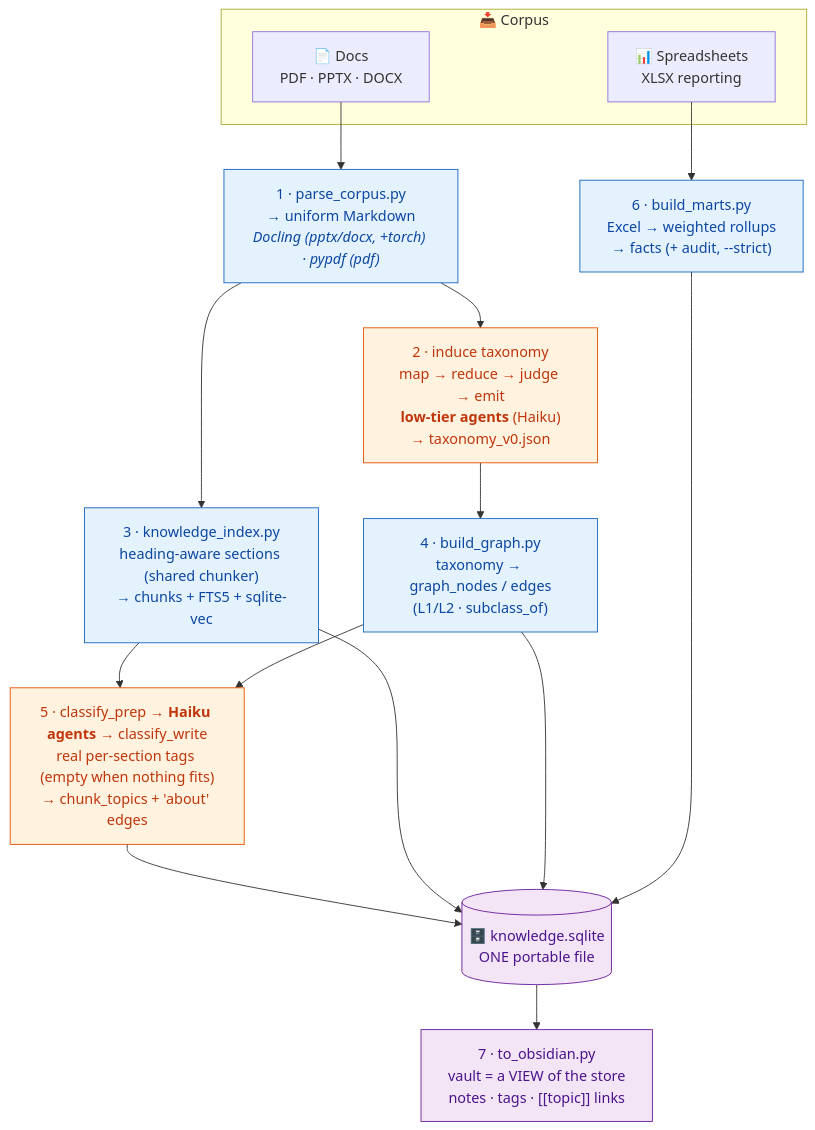
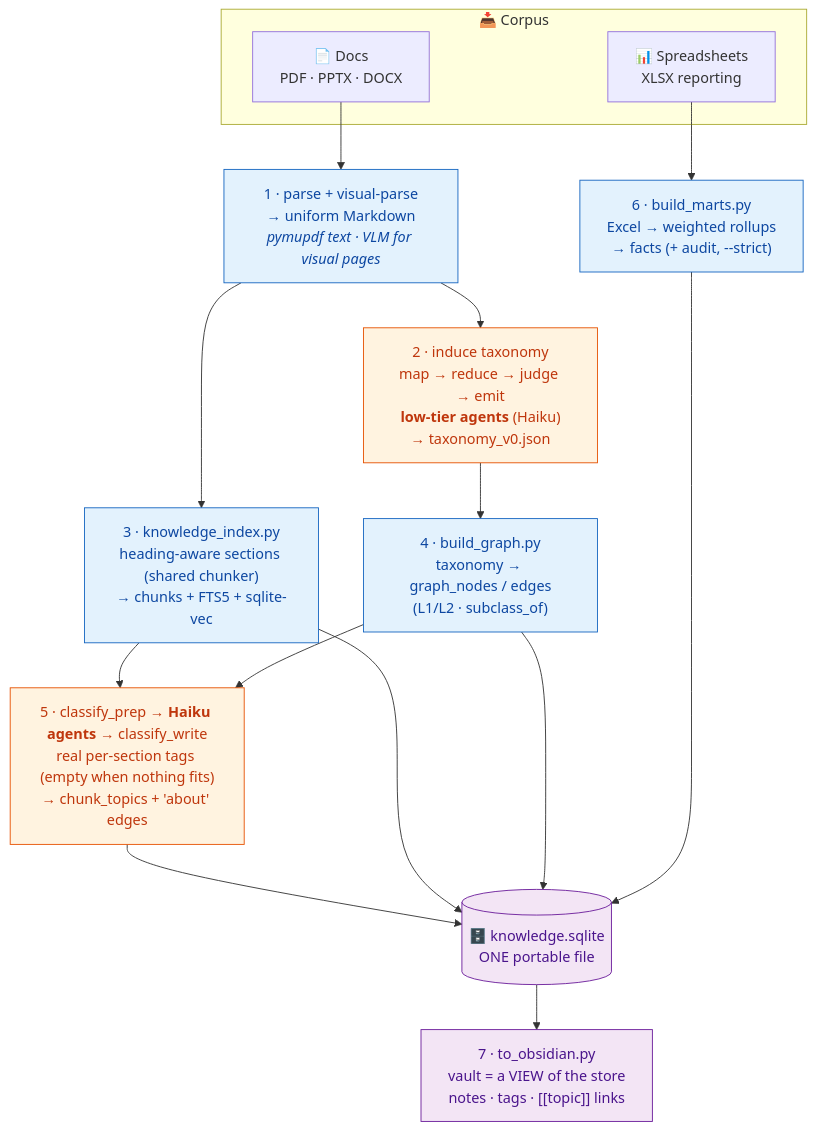
The fourth of 5 diagrams in bundles/brain/README.md (onetest-ai/applied_skills), drawn with Mermaid before and after one commit. The commit also changed other lines of this file and 18 other files, not shown here.

````diff
--- a/bundles/brain/README.md
+++ b/bundles/brain/README.md
@@ -176,30 +176,30 @@
 ```mermaid
 flowchart TD
     subgraph IN["📥 Corpus"]
         D["📄 Docs<br/>PDF · PPTX · DOCX"]
         X["📊 Spreadsheets<br/>XLSX reporting"]
     end
 
-    D --> P["1 · parse_corpus.py<br/>→ uniform Markdown<br/><i>Docling (pptx/docx, +torch) · pypdf (pdf)</i>"]
+    D --> P["1 · parse + visual-parse<br/>→ uniform Markdown<br/><i>pymupdf text · VLM for visual pages</i>"]
     P --> TX["2 · induce taxonomy<br/>map → reduce → judge → emit<br/><b>low-tier agents</b> (Haiku)<br/>→ taxonomy_v0.json"]
 
     P --> IDX["3 · knowledge_index.py<br/>heading-aware sections (shared chunker)<br/>→ chunks + FTS5 + sqlite-vec"]
     TX --> G["4 · build_graph.py<br/>taxonomy → graph_nodes / edges<br/>(L1/L2 · subclass_of)"]
     IDX --> CLS["5 · classify_prep → <b>Haiku agents</b> → classify_write<br/>real per-section tags (empty when nothing fits)<br/>→ chunk_topics + 'about' edges"]
     G --> CLS
 
     X --> M["6 · build_marts.py<br/>Excel → weighted rollups<br/>→ facts (+ audit, --strict)"]
 
     CLS --> DB[("🗄️ knowledge.sqlite<br/>ONE portable file")]
     IDX --> DB
     G --> DB
     M --> DB
     DB --> OBS["7 · to_obsidian.py<br/>vault = a VIEW of the store<br/>notes · tags · [[topic]] links"]
 
     classDef agent fill:#fff3e0,stroke:#e65100,color:#bf360c;
     classDef det fill:#e3f2fd,stroke:#1565c0,color:#0d47a1;
     classDef store fill:#f3e5f5,stroke:#6a1b9a,color:#4a148c;
     class TX,CLS agent
     class P,IDX,G,M det
     class DB,OBS store
 ```
````
